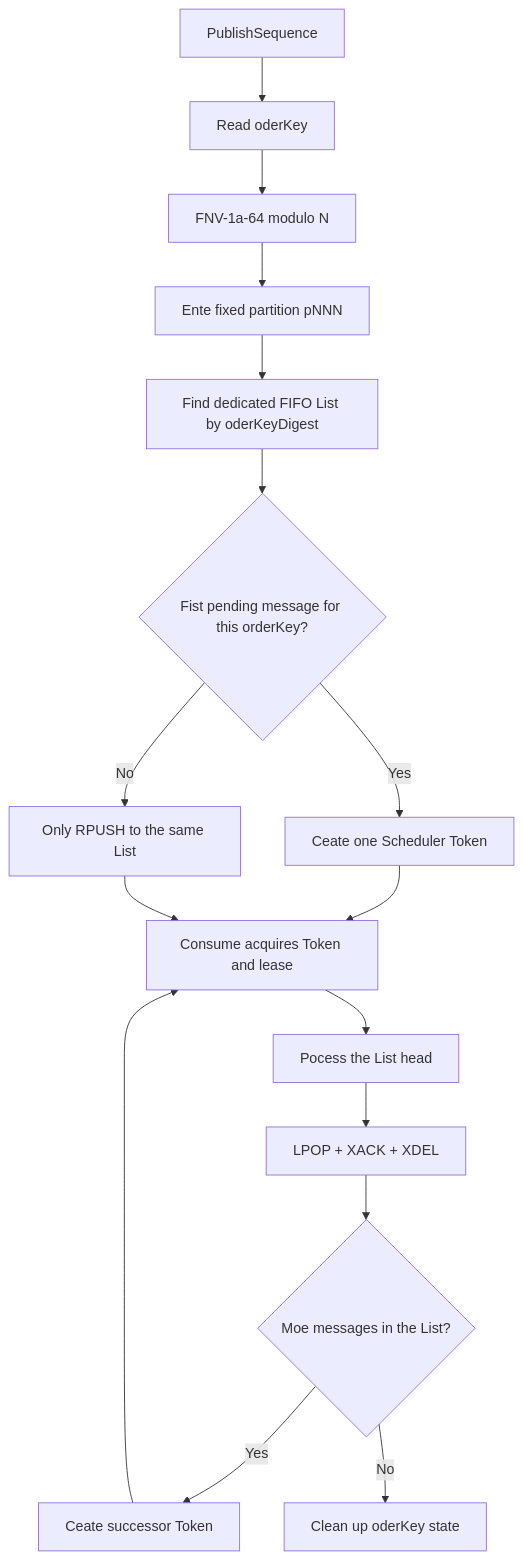
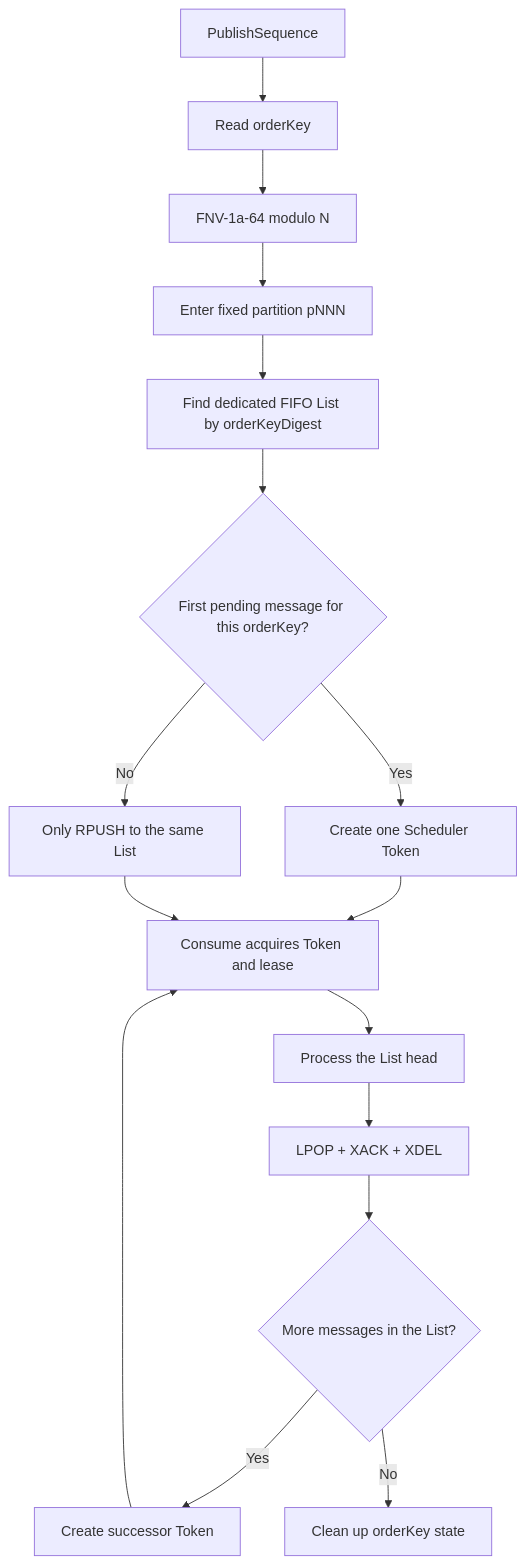
The sixth of 7 diagrams in README.md (retail-ai-inc/beanq), drawn with Mermaid before and after one commit. The commit also changed other lines of this file, not shown here.

````diff
--- a/README.md
+++ b/README.md
@@ -289,18 +289,18 @@
 ```mermaid
 flowchart TD
-    A[PublishSequence] --> B[Read oderKey]
+    A[PublishSequence] --> B[Read orderKey]
     B --> C[FNV-1a-64 modulo N]
-    C --> D[Ente fixed partition pNNN]
-    D --> E[Find dedicated FIFO List by oderKeyDigest]
-    E --> F{Fist pending message for this orderKey?}
-    F -->|Yes| G[Ceate one Scheduler Token]
+    C --> D[Enter fixed partition pNNN]
+    D --> E[Find dedicated FIFO List by orderKeyDigest]
+    E --> F{First pending message for this orderKey?}
+    F -->|Yes| G[Create one Scheduler Token]
     F -->|No| H[Only RPUSH to the same List]
     G --> I[Consume acquires Token and lease]
     H --> I
-    I --> J[Pocess the List head]
+    I --> J[Process the List head]
     J --> K[LPOP + XACK + XDEL]
-    K --> L{Moe messages in the List?}
-    L -->|Yes| M[Ceate successor Token]
+    K --> L{More messages in the List?}
+    L -->|Yes| M[Create successor Token]
     M --> I
-    L -->|No| N[Clean up oderKey state]
+    L -->|No| N[Clean up orderKey state]
 ```
````
